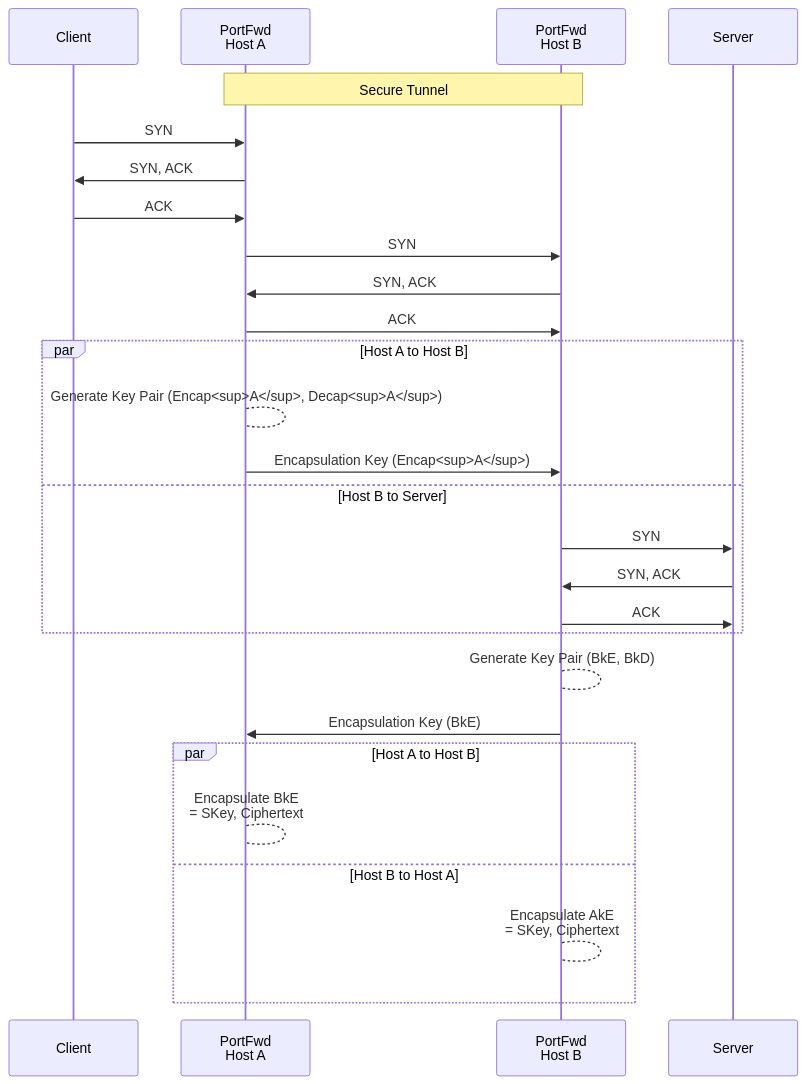
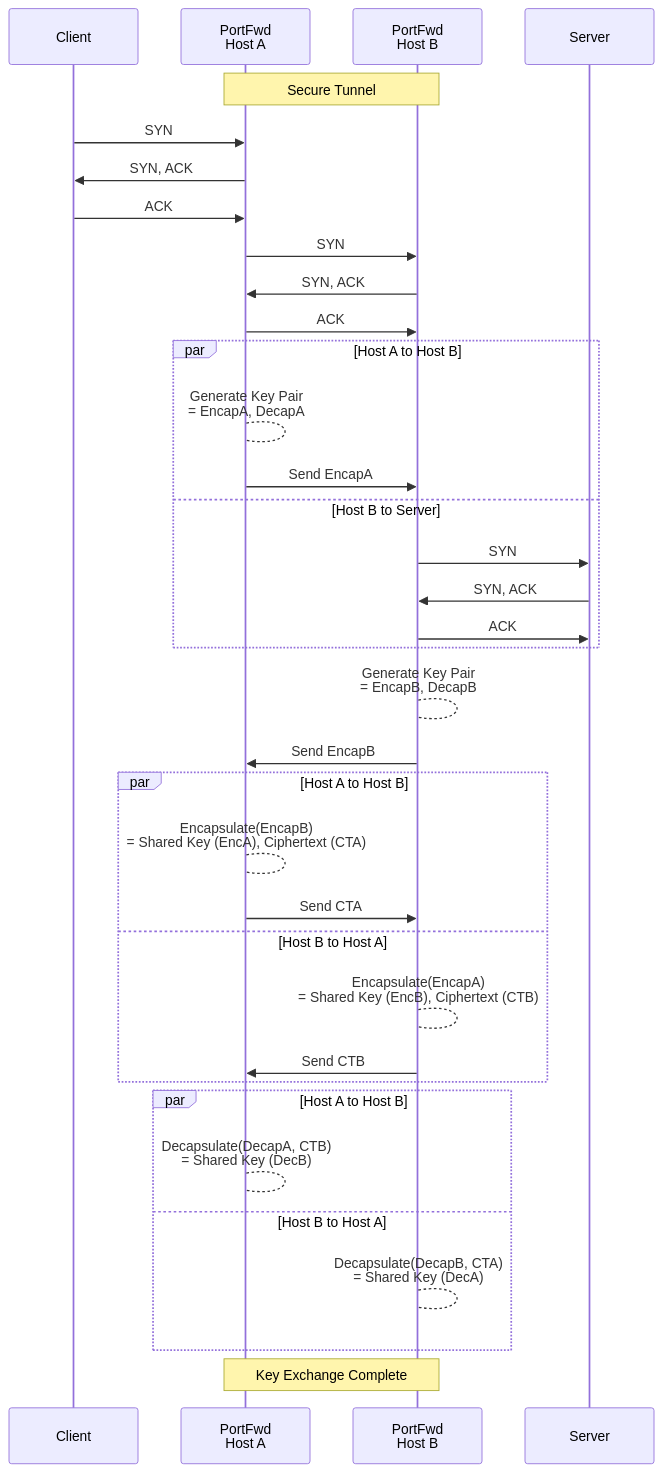
Before and after one commit to cmason3/portfwd: the diagram in README.md, drawn with Mermaid.

````diff
--- a/README.md
+++ b/README.md
@@ -32,32 +32,42 @@
 ```mermaid
 sequenceDiagram
     participant C as Client
     participant A as PortFwd<br />Host A
     participant B as PortFwd<br />Host B
     participant S as Server
     Note over A,B: Secure Tunnel
     C->>A: SYN
     A->>C: SYN, ACK
     C->>A: ACK
     A->>B: SYN
     B->>A: SYN, ACK
     A->>B: ACK
 
     par Host A to Host B
-      A-->A: Generate Key Pair (Encap<sup>A</sup>, Decap<sup>A</sup>)
-      A->>B: Encapsulation Key (Encap<sup>A</sup>)
+      A-->A: Generate Key Pair<br />= EncapA, DecapA
+      A->>B: Send EncapA
     and Host B to Server
       B->>S: SYN
       S->>B: SYN, ACK
       B->>S: ACK
     end
 
-    B-->B: Generate Key Pair (BkE, BkD)
-    B->>A: Encapsulation Key (BkE)
+    B-->B: Generate Key Pair<br />= EncapB, DecapB
+    B->>A: Send EncapB
 
     par Host A to Host B
-      A-->A: Encapsulate BkE<br />= SKey, Ciphertext
+      A-->A: Encapsulate(EncapB)<br />= Shared Key (EncA), Ciphertext (CTA)
+      A->>B: Send CTA
     and Host B to Host A
-      B-->B: Encapsulate AkE<br />= SKey, Ciphertext
+      B-->B: Encapsulate(EncapA)<br />= Shared Key (EncB), Ciphertext (CTB)
+      B->>A: Send CTB
     end
+
+    par Host A to Host B
+      A-->A: Decapsulate(DecapA, CTB)<br /> = Shared Key (DecB)
+    and Host B to Host A
+      B-->B: Decapsulate(DecapB, CTA)<br /> = Shared Key (DecA)
+    end
+
+    Note over A,B: Key Exchange Complete
 ```
````
